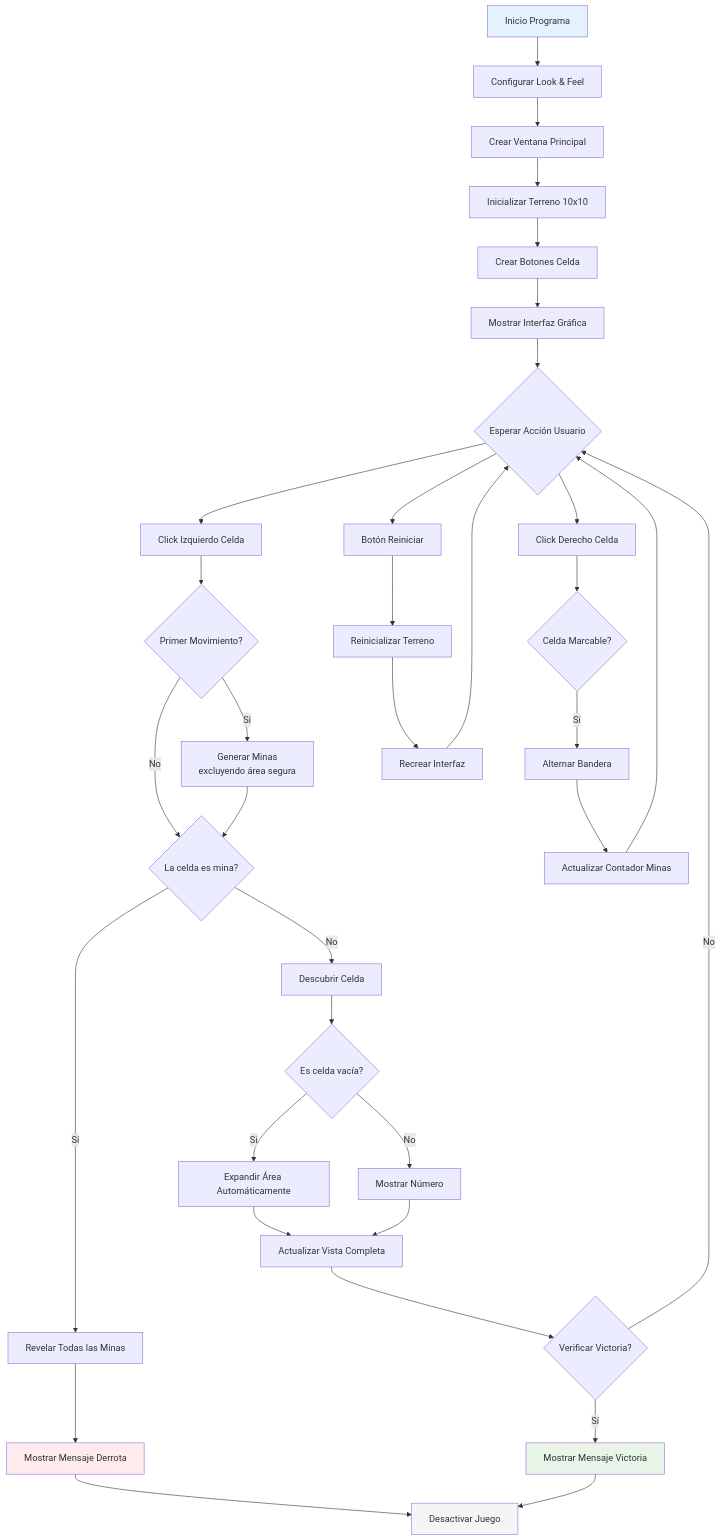
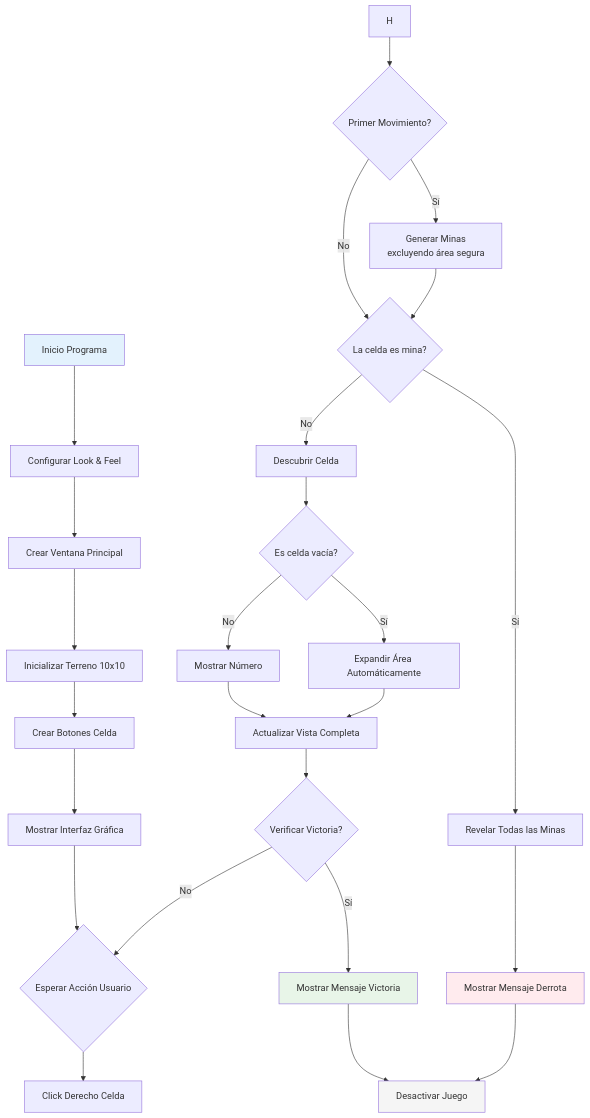
One commit to pum9-jpg/programacion-avanzada changed the third of 3 diagrams in ejemplos/Buscaminas/README.md. Above: the diagram before and after it, drawn with Mermaid. The commit also changed other lines of this file, not shown here.

First line of the commit message:
Se actualizo los puntos de cada diagrama

````diff
--- a/ejemplos/Buscaminas/README.md
+++ b/ejemplos/Buscaminas/README.md
@@ -233,49 +224,40 @@
 ```mermaid
 graph TD
     A[Inicio Programa] --> B[Configurar Look & Feel]
     B --> C[Crear Ventana Principal]
     C --> D[Inicializar Terreno 10x10]
     D --> E[Crear Botones Celda]
     E --> F[Mostrar Interfaz Gráfica]
     F --> G{Esperar Acción Usuario}
     
-    G --> H[Click Izquierdo Celda]
+
     G --> I[Click Derecho Celda]
-    G --> J[Botón Reiniciar]
+ 
     
     H --> K{Primer Movimiento?}
     K -->|Sí| L[Generar Minas<br>excluyendo área segura]
     K -->|No| M
     
     L --> M{La celda es mina?}
     M -->|Sí| N[Revelar Todas las Minas]
     N --> O[Mostrar Mensaje Derrota]
     O --> P[Desactivar Juego]
     
     M -->|No| Q[Descubrir Celda]
     Q --> R{Es celda vacía?}
     R -->|Sí| S[Expandir Área Automáticamente]
     R -->|No| T[Mostrar Número]
     
     S --> U[Actualizar Vista Completa]
     T --> U
     
     U --> V{Verificar Victoria?}
     V -->|Sí| W[Mostrar Mensaje Victoria]
     W --> P
     V -->|No| G
     
-    I --> X{Celda Marcable?}
-    X -->|Sí| Y[Alternar Bandera]
-    Y --> Z[Actualizar Contador Minas]
-    Z --> G
-    
-    J --> AA[Reinicializar Terreno]
-    AA --> BB[Recrear Interfaz]
-    BB --> G
-    
     style A fill:#e3f2fd
     style P fill:#f5f5f5
     style O fill:#ffebee
     style W fill:#e8f5e8
 ```
````
